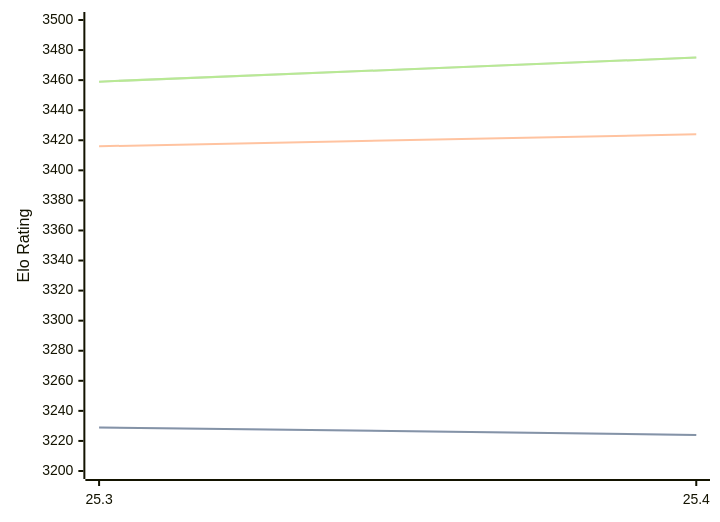
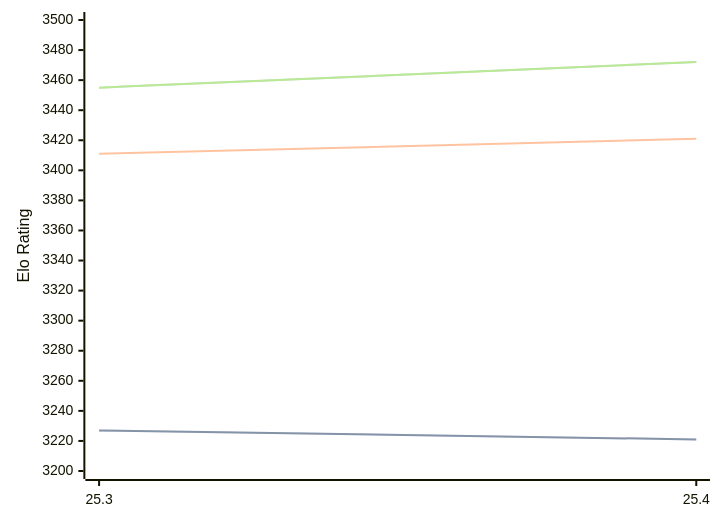
Before and after one commit to computer-chess-index/cci: the diagram in engines/Arasan.md, drawn with Mermaid. The commit also changed other lines of this file, not shown here.

Commit message:
Update CCI Ratings (ELO VLTC) - 2026-06-08

````diff
--- a/engines/Arasan.md
+++ b/engines/Arasan.md
@@ -33,11 +33,11 @@
 ```mermaid
 %%{init: {"theme":"base","themeVariables":{"seriesColors:['#a3a3a3','#222221','#faa371']}}}%%
 xychart-beta
   x-axis ["25.3", "25.4"]
   y-axis "Elo Rating" 3200 --> 3500
-  line "STC (8.0+0.08s)" [3229, 3224]
-  line "STC (8.0+0.08s)" [3229, 3224]
-  line "LTC (60.0+0.60s)" [3416, 3424]
-  line "VLTC (2m24s+1.12s)" [3459, 3475]
-  line "VLTC (2m24s+1.12s)" [3459, 3475]
+  line "STC (8.0+0.08s)" [3227, 3221]
+  line "STC (8.0+0.08s)" [3227, 3221]
+  line "LTC (60.0+0.60s)" [3411, 3421]
+  line "VLTC (2m24s+1.12s)" [3455, 3472]
+  line "VLTC (2m24s+1.12s)" [3455, 3472]
 ```
````
